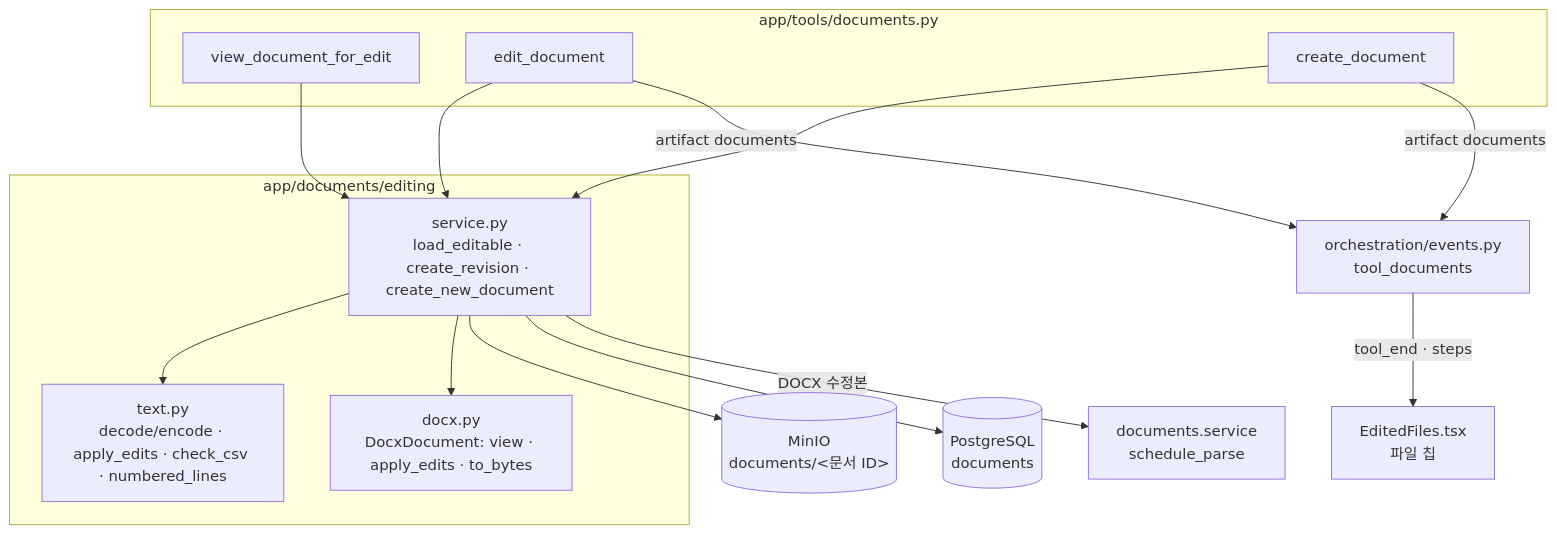
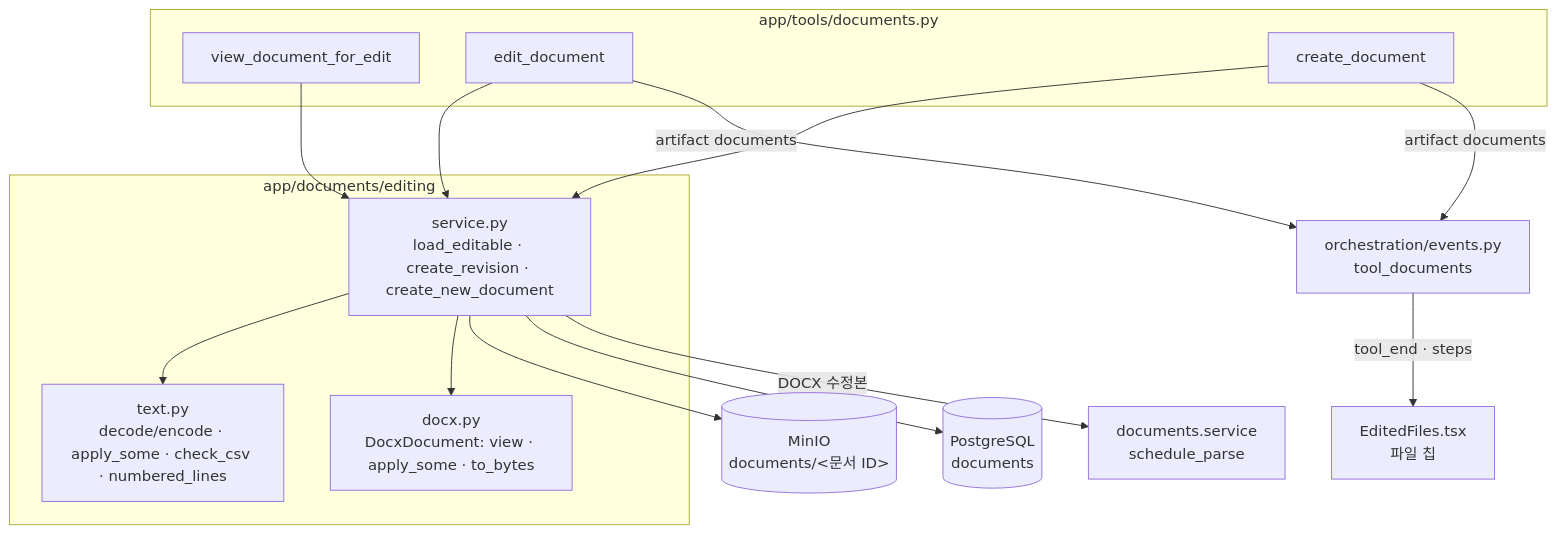
One commit to okdoittttt/apogee-deck changed the second of 3 diagrams in docs/features/document-editing.md. Above: the diagram before and after it, drawn with Mermaid. The commit also changed other lines of this file and 3 other files, not shown here.

````diff
--- a/docs/features/document-editing.md
+++ b/docs/features/document-editing.md
@@ -38,24 +41,24 @@
 ```mermaid
 flowchart TB
     subgraph tools["app/tools/documents.py"]
         view["view_document_for_edit"]
         editTool["edit_document"]
         createTool["create_document"]
     end
     subgraph editing["app/documents/editing"]
         service["service.py<br/>load_editable · create_revision · create_new_document"]
-        text["text.py<br/>decode/encode · apply_edits · check_csv · numbered_lines"]
-        docx["docx.py<br/>DocxDocument: view · apply_edits · to_bytes"]
+        text["text.py<br/>decode/encode · apply_some · check_csv · numbered_lines"]
+        docx["docx.py<br/>DocxDocument: view · apply_some · to_bytes"]
     end
     minio[("MinIO<br/>documents/&lt;문서 ID&gt;")]
     db[("PostgreSQL<br/>documents")]
     events["orchestration/events.py<br/>tool_documents"]
     chip["EditedFiles.tsx<br/>파일 칩"]
 
     view & editTool & createTool --> service
     service --> text & docx
     service --> minio & db
     service -- "DOCX 수정본" --> parse["documents.service<br/>schedule_parse"]
     editTool & createTool -- "artifact documents" --> events
     events -- "tool_end · steps" --> chip
 ```
````
